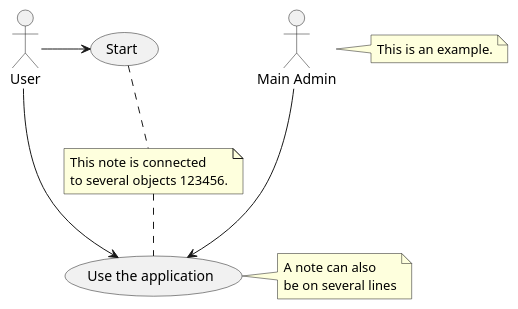
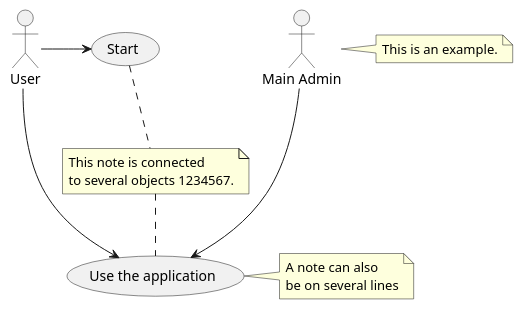
The diagram in plant1.puml (AKStratus/plantuml_diagrams), drawn with PlantUML before and after one commit.

Commit message:
Update plant1.puml
c

```diff
--- a/plant1.puml
+++ b/plant1.puml
@@ -1,17 +1,17 @@
 @startuml
 
     :Main Admin: as Admin
     (Use the application) as (Use)
     User -> (Start)
     User --> (Use)
     Admin ---> (Use)
     note right of Admin : This is an example.
     note right of (Use)
     A note can also
     be on several lines
     end note
-    note "This note is connected\nto several objects 123456." as N2
+    note "This note is connected\nto several objects 1234567." as N2
     (Start) .. N2
     N2 .. (Use)
 
     @enduml
```
